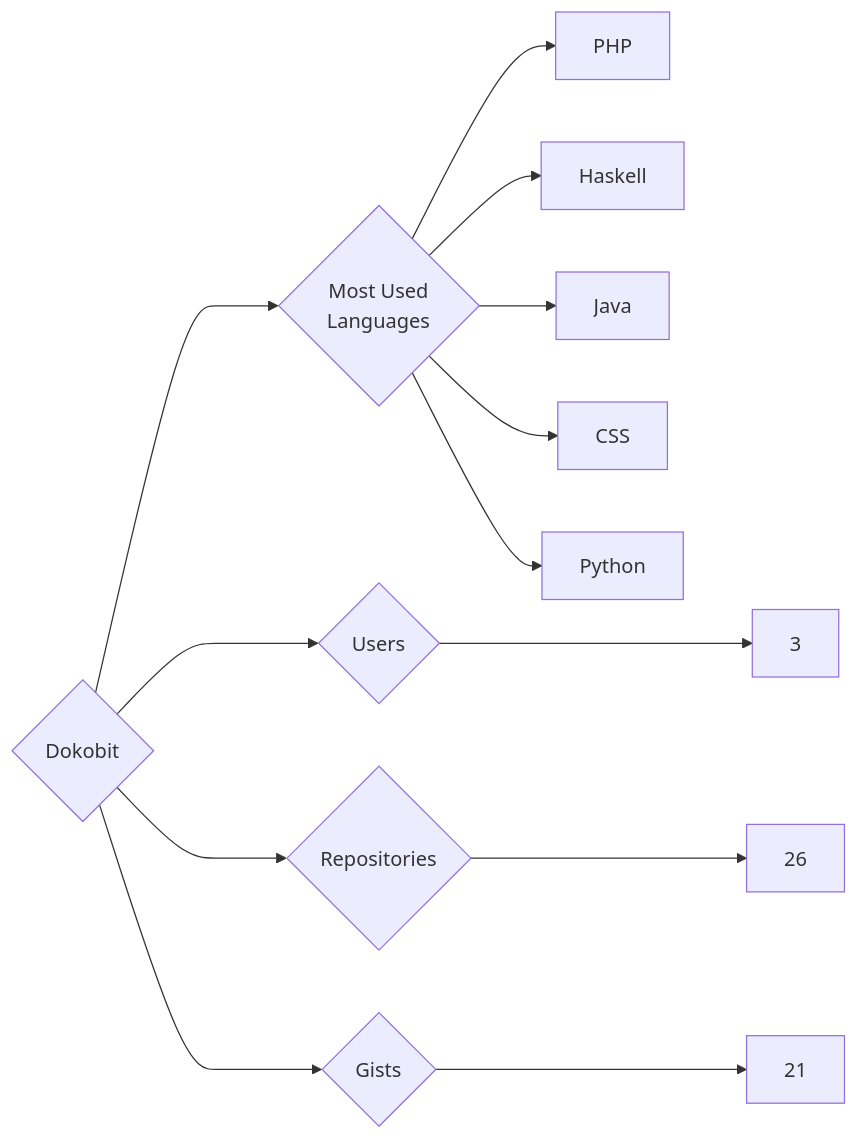
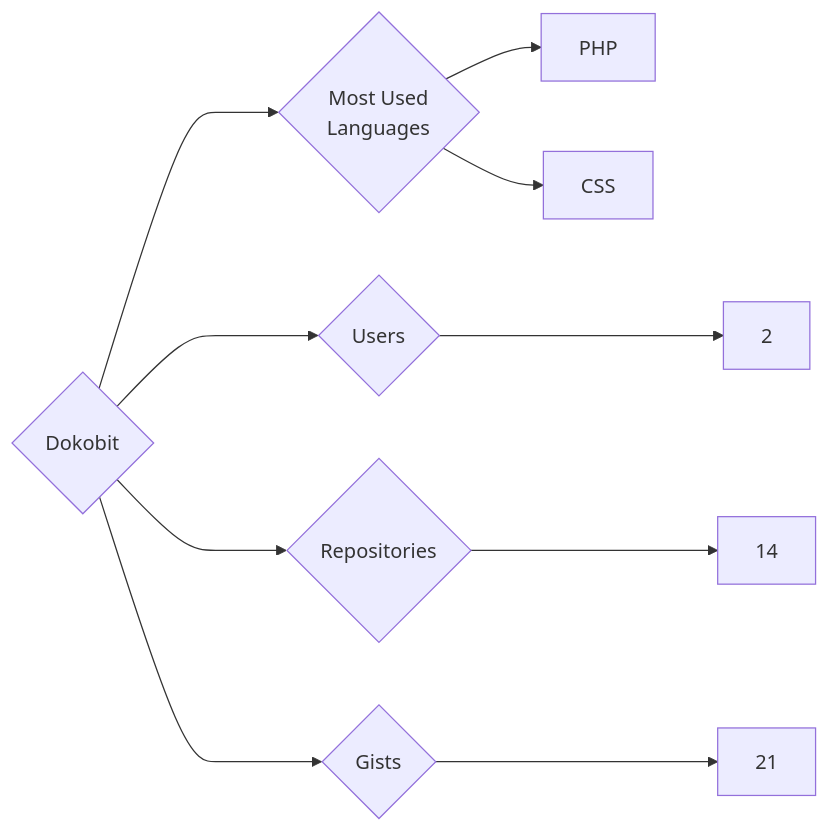
Before and after one commit to trickest/insiders: the diagram in targets/Dokobit/README.md, drawn with Mermaid. The commit also changed 888 other files, not shown here.

````diff
--- a/targets/Dokobit/README.md
+++ b/targets/Dokobit/README.md
@@ -3,13 +3,10 @@
 ```mermaid
 graph LR
 COMPANY_NAME{Dokobit}
-COMPANY_NAME ---> U{Users} ---> UN[3]
-COMPANY_NAME ---> R{Repositories} ---> RN[26]
+COMPANY_NAME ---> U{Users} ---> UN[2]
+COMPANY_NAME ---> R{Repositories} ---> RN[14]
 COMPANY_NAME ---> G{Gists} ---> GN[21]
 COMPANY_NAME ---> ML{Most Used<br>Languages}
 ML --> PHP[PHP]
-ML --> Haskell[Haskell]
-ML --> Java[Java]
 ML --> CSS[CSS]
-ML --> Python[Python]
 ```
````
